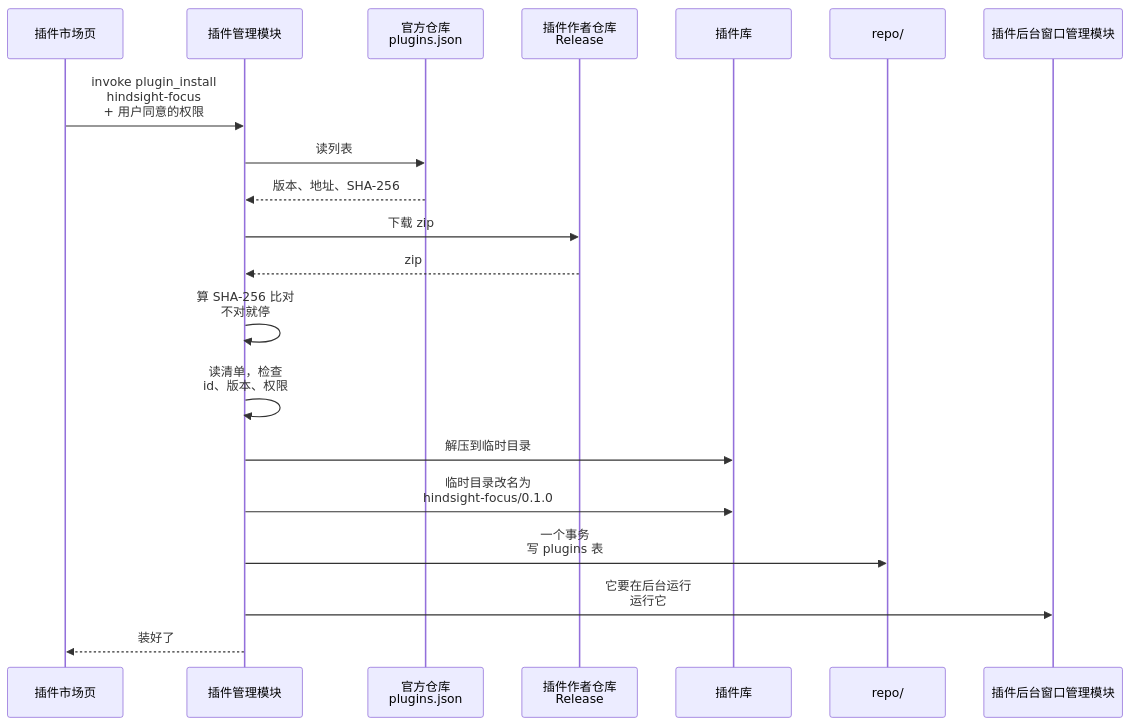
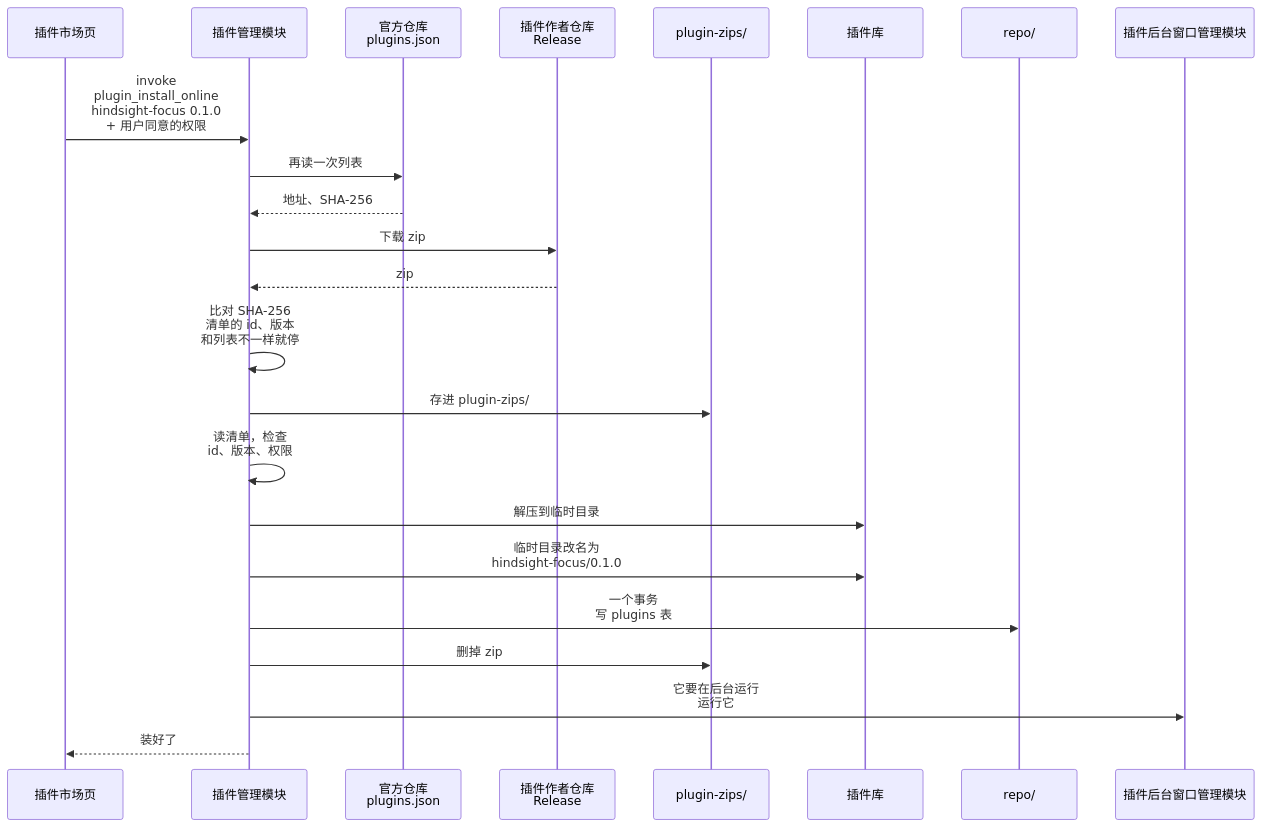
The first of 3 diagrams in docs/design/plugins/zh/install.md (Tomotsugu-dev/Hindsight), drawn with Mermaid before and after one commit. The commit also changed other lines of this file and 1 other file, not shown here.

Commit message:
docs(plugins): install market downloads through plugin-zips/
Downloaded zips now take the same path as local zips.

Refs #5

````diff
--- a/docs/design/plugins/zh/install.md
+++ b/docs/design/plugins/zh/install.md
@@ -13,22 +13,25 @@
 ```mermaid
 sequenceDiagram
   participant M as 插件市场页
   participant G as 插件管理模块
   participant IDX as 官方仓库<br/>plugins.json
   participant REL as 插件作者仓库<br/>Release
+  participant Z as plugin-zips/
   participant D as 插件库
   participant R as repo/
   participant W as 插件后台窗口管理模块
-  M->>G: invoke plugin_install<br/>hindsight-focus<br/>+ 用户同意的权限
-  G->>IDX: 读列表
-  IDX-->>G: 版本、地址、SHA-256
+  M->>G: invoke<br/>plugin_install_online<br/>hindsight-focus 0.1.0<br/>+ 用户同意的权限
+  G->>IDX: 再读一次列表
+  IDX-->>G: 地址、SHA-256
   G->>REL: 下载 zip
   REL-->>G: zip
-  G->>G: 算 SHA-256 比对<br/>不对就停
+  G->>G: 比对 SHA-256<br/>清单的 id、版本<br/>和列表不一样就停
+  G->>Z: 存进 plugin-zips/
   G->>G: 读清单，检查<br/>id、版本、权限
   G->>D: 解压到临时目录
   G->>D: 临时目录改名为<br/>hindsight-focus/0.1.0
   G->>R: 一个事务<br/>写 plugins 表
+  G->>Z: 删掉 zip
   G->>W: 它要在后台运行<br/>运行它
   G-->>M: 装好了
 ```
````
